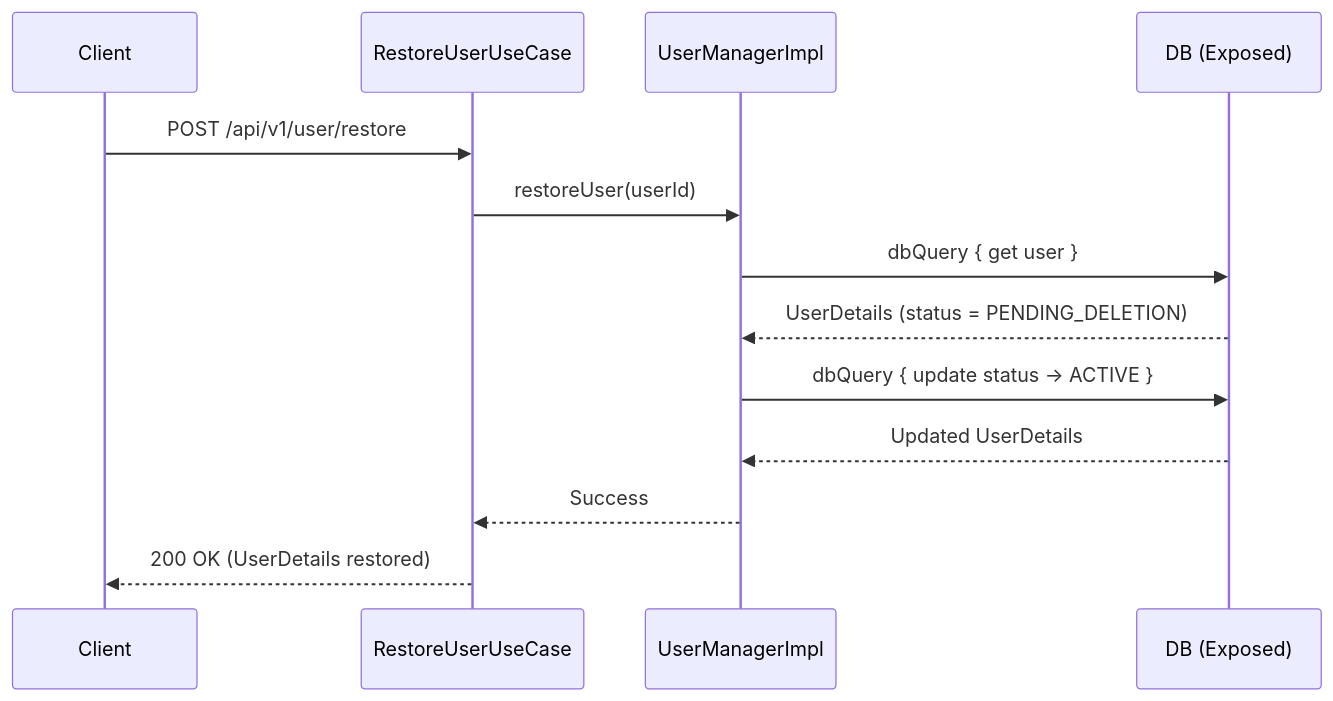
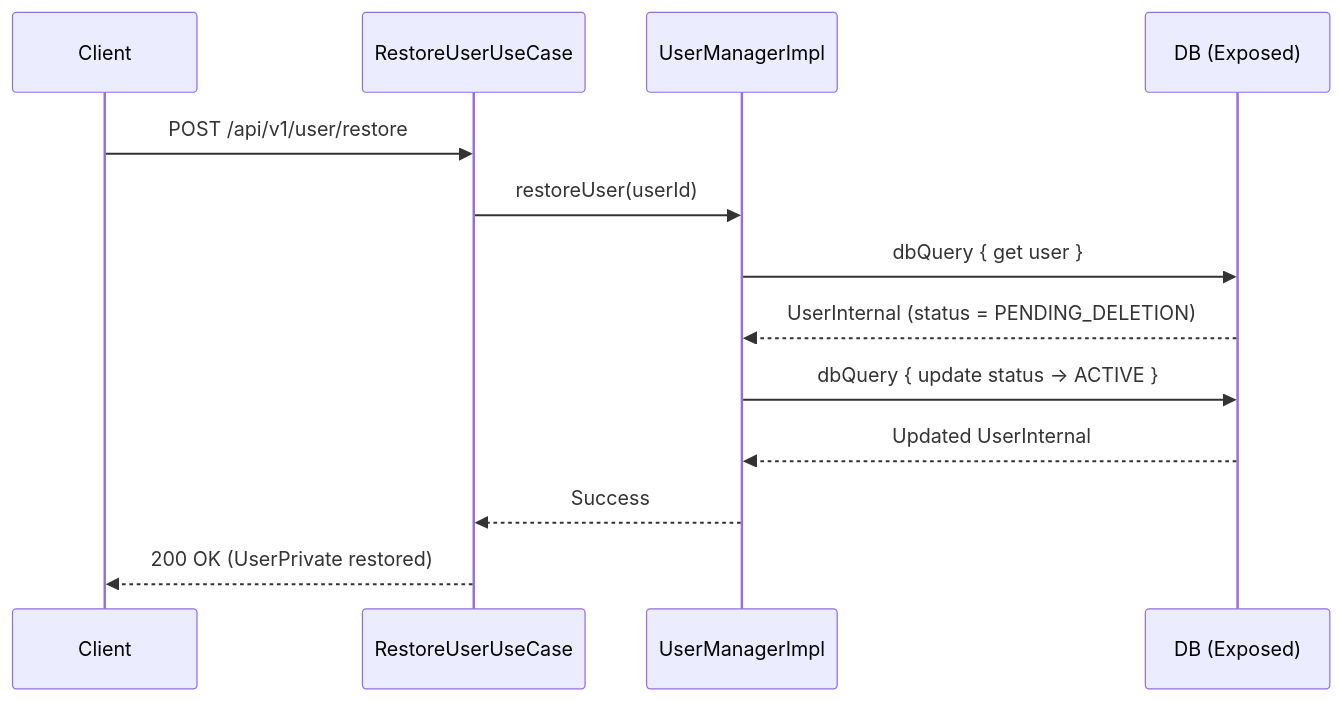
Before and after one commit to mudrichenkoevgeny/backend-platform-sdk: the second of 2 diagrams in docs/architecture/flows/account_management_flows.md, drawn with Mermaid. The commit also changed other lines of this file and 25 other files, not shown here.

````diff
--- a/docs/architecture/flows/account_management_flows.md
+++ b/docs/architecture/flows/account_management_flows.md
@@ -46,19 +46,19 @@
 ```mermaid
 sequenceDiagram
     participant Client
     participant RestoreUseCase as RestoreUserUseCase
     participant UserManager as UserManagerImpl
     participant Postgres as DB (Exposed)
 
     Client->>RestoreUseCase: POST /api/v1/user/restore
     RestoreUseCase->>UserManager: restoreUser(userId)
     
     UserManager->>Postgres: dbQuery { get user }
-    Postgres-->>UserManager: UserDetails (status = PENDING_DELETION)
+    Postgres-->>UserManager: UserInternal (status = PENDING_DELETION)
     
     UserManager->>Postgres: dbQuery { update status -> ACTIVE }
-    Postgres-->>UserManager: Updated UserDetails
+    Postgres-->>UserManager: Updated UserInternal
     
     UserManager-->>RestoreUseCase: Success
-    RestoreUseCase-->>Client: 200 OK (UserDetails restored)
+    RestoreUseCase-->>Client: 200 OK (UserPrivate restored)
 ```
````
